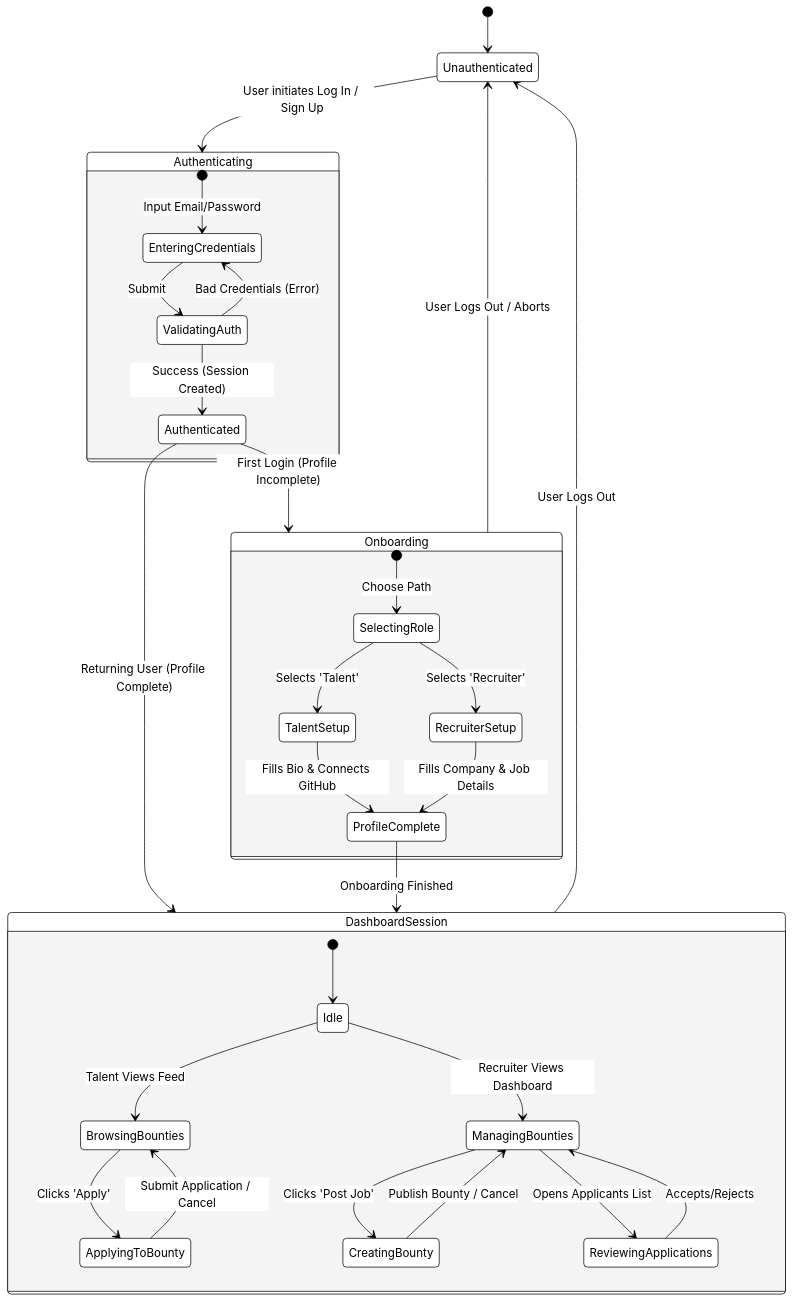
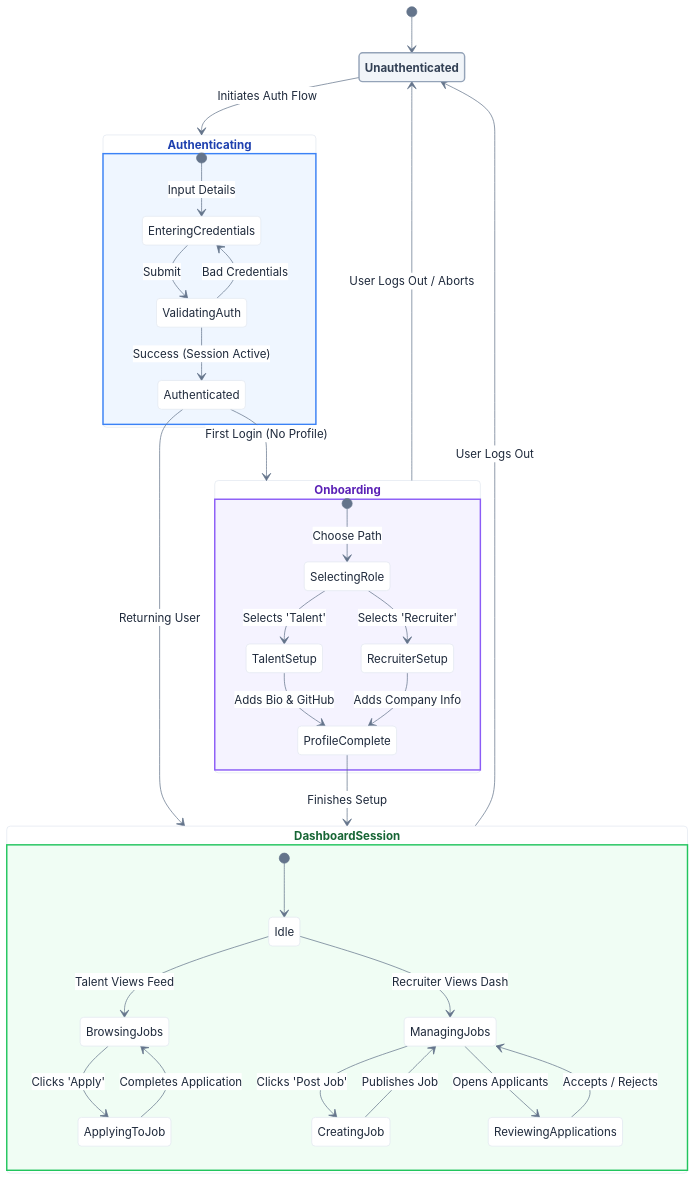
Before and after one commit to Hannankhan00/skillspill: the diagram in State-Chart-Diagram.md, drawn with Mermaid. The commit also changed other lines of this file and 31 other files, not shown here.

````diff
--- a/State-Chart-Diagram.md
+++ b/State-Chart-Diagram.md
@@ -11,61 +11,67 @@
 ```mermaid
 %%{init: {
   'theme': 'base',
   'themeVariables': {
     'primaryColor': '#ffffff',
-    'primaryTextColor': '#000000',
-    'primaryBorderColor': '#000000',
-    'lineColor': '#000000',
-    'secondaryColor': '#ffffff',
-    'tertiaryColor': '#ffffff',
-    'nodeBorder': '#000000',
-    'mainBkg': '#ffffff',
-    'fontFamily': 'arial'
+    'primaryTextColor': '#1e293b',
+    'primaryBorderColor': '#e2e8f0',
+    'lineColor': '#64748b',
+    'fontFamily': 'inter, sans-serif'
   }
-} }%%
+}}%%
 stateDiagram-v2
+    %% Premium color styling definitions
+    classDef unauth fill:#f1f5f9,color:#334155,stroke:#94a3b8,stroke-width:2px,font-weight:bold
+    classDef auth fill:#eff6ff,color:#1e40af,stroke:#3b82f6,stroke-width:2px,font-weight:bold
+    classDef onboard fill:#f5f3ff,color:#5b21b6,stroke:#8b5cf6,stroke-width:2px,font-weight:bold
+    classDef active fill:#f0fdf4,color:#166534,stroke:#22c55e,stroke-width:2px,font-weight:bold
+    
     [*] --> Unauthenticated
-    
-    Unauthenticated --> Authenticating : User initiates Log In / Sign Up
+    class Unauthenticated unauth
+
+    Unauthenticated --> Authenticating : Initiates Auth Flow
     
     state Authenticating {
-        [*] --> EnteringCredentials : Input Email/Password
+        [*] --> EnteringCredentials : Input Details
         EnteringCredentials --> ValidatingAuth : Submit
-        ValidatingAuth --> EnteringCredentials : Bad Credentials (Error)
-        ValidatingAuth --> Authenticated : Success (Session Created)
+        ValidatingAuth --> EnteringCredentials : Bad Credentials
+        ValidatingAuth --> Authenticated : Success (Session Active)
     }
+    class Authenticating auth
     
-    Authenticated --> Onboarding : First Login (Profile Incomplete)
-    Authenticated --> DashboardSession : Returning User (Profile Complete)
+    Authenticated --> Onboarding : First Login (No Profile)
+    Authenticated --> DashboardSession : Returning User
     
     state Onboarding {
         [*] --> SelectingRole : Choose Path
         SelectingRole --> TalentSetup : Selects 'Talent'
         SelectingRole --> RecruiterSetup : Selects 'Recruiter'
         
-        TalentSetup --> ProfileComplete : Fills Bio & Connects GitHub
-        RecruiterSetup --> ProfileComplete : Fills Company & Job Details
+        TalentSetup --> ProfileComplete : Adds Bio & GitHub
+        RecruiterSetup --> ProfileComplete : Adds Company Info
     }
+    class Onboarding onboard
     
-    ProfileComplete --> DashboardSession : Onboarding Finished
+    ProfileComplete --> DashboardSession : Finishes Setup
     
     state DashboardSession {
         [*] --> Idle
         
-        %% Talent Flow
-        Idle --> BrowsingBounties : Talent Views Feed
-        BrowsingBounties --> ApplyingToBounty : Clicks 'Apply'
-        ApplyingToBounty --> BrowsingBounties : Submit Application / Cancel
+        %% Talent Flow Interactions
+        Idle --> BrowsingJobs : Talent Views Feed
+        BrowsingJobs --> ApplyingToJob : Clicks 'Apply'
+        ApplyingToJob --> BrowsingJobs : Completes Application
         
-        %% Recruiter Flow
-        Idle --> ManagingBounties : Recruiter Views Dashboard
-        ManagingBounties --> CreatingBounty : Clicks 'Post Job'
-        CreatingBounty --> ManagingBounties : Publish Bounty / Cancel
+        %% Recruiter Flow Interactions
+        Idle --> ManagingJobs : Recruiter Views Dash
+        ManagingJobs --> CreatingJob : Clicks 'Post Job'
+        CreatingJob --> ManagingJobs : Publishes Job
         
-        ManagingBounties --> ReviewingApplications : Opens Applicants List
-        ReviewingApplications --> ManagingBounties : Accepts/Rejects
+        ManagingJobs --> ReviewingApplications : Opens Applicants
+        ReviewingApplications --> ManagingJobs : Accepts / Rejects
     }
+    class DashboardSession active
     
     DashboardSession --> Unauthenticated : User Logs Out
     Onboarding --> Unauthenticated : User Logs Out / Aborts
 ```
````
